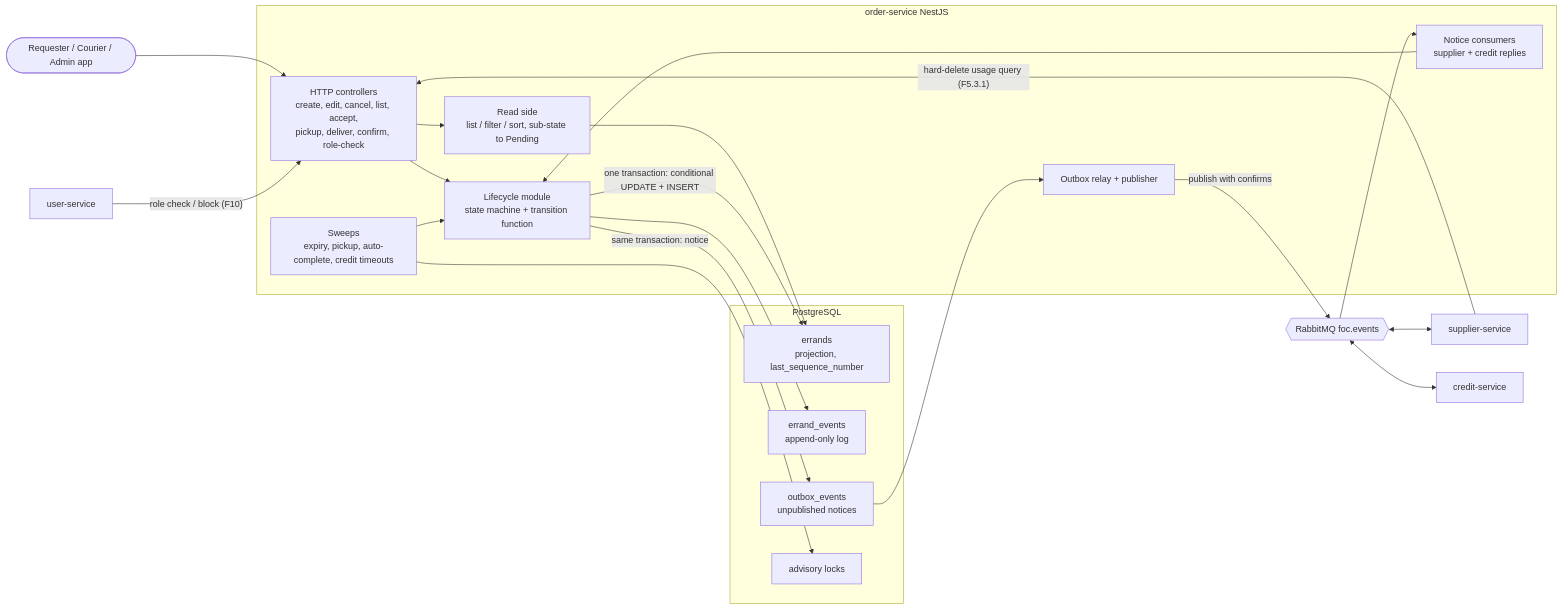
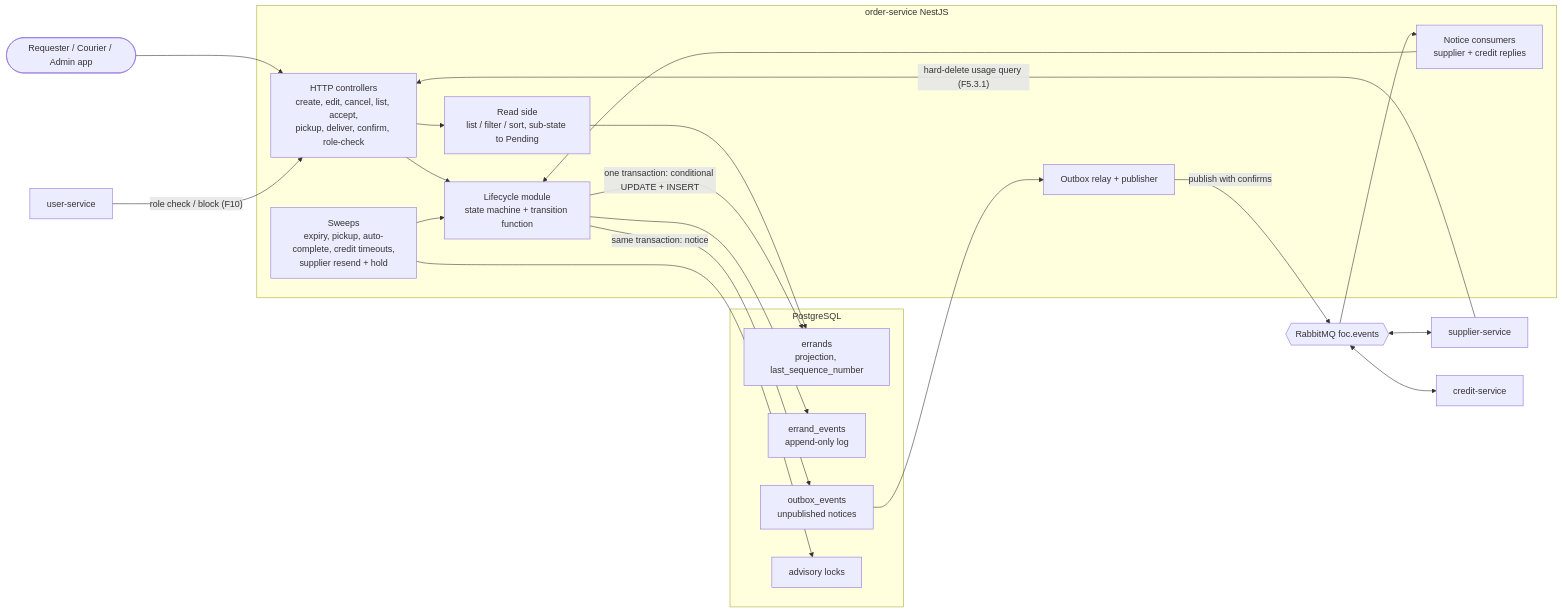
One commit to AY2627S1-CS3219-P27/FoC changed the first of 4 diagrams in order-service/ARCHITECTURE.md. Above: the diagram before and after it, drawn with Mermaid. The commit also changed other lines of this file and 3 other files, not shown here.

Commit message:
Document supplier validation flow

````diff
--- a/order-service/ARCHITECTURE.md
+++ b/order-service/ARCHITECTURE.md
@@ -7,43 +7,43 @@
 ```mermaid
 flowchart LR
   Client([Requester / Courier / Admin app])
   User[user-service]
   Supplier[supplier-service]
   Credit[credit-service]
 
   subgraph OS[order-service NestJS]
     API[HTTP controllers<br/>create, edit, cancel, list, accept,<br/>pickup, deliver, confirm, role-check]
     Life[Lifecycle module<br/>state machine + transition function]
     Read[Read side<br/>list / filter / sort, sub-state to Pending]
     Consumers[Notice consumers<br/>supplier + credit replies]
     Outbox[Outbox relay + publisher]
-    Sweeps[Sweeps<br/>expiry, pickup, auto-complete, credit timeouts]
+    Sweeps[Sweeps<br/>expiry, pickup, auto-complete, credit timeouts,<br/>supplier resend + hold]
   end
 
   subgraph PG[PostgreSQL]
     Errands[errands<br/>projection, last_sequence_number]
     Events[errand_events<br/>append-only log]
     OutboxT[outbox_events<br/>unpublished notices]
     Locks[advisory locks]
   end
 
   MQ{{RabbitMQ foc.events}}
 
   Client --> API
   User -- "role check / block (F10)" --> API
   Supplier -- "hard-delete usage query (F5.3.1)" --> API
   API --> Life
   API --> Read
   Read --> Errands
   Life -->|"one transaction: conditional UPDATE + INSERT"| Errands
   Life --> Events
   Sweeps --> Locks
   Sweeps --> Life
   Life -->|"same transaction: notice"| OutboxT
   OutboxT --> Outbox
   Outbox -->|"publish with confirms"| MQ
   MQ --> Consumers
   Consumers --> Life
   MQ <--> Supplier
   MQ <--> Credit
 ```
````
